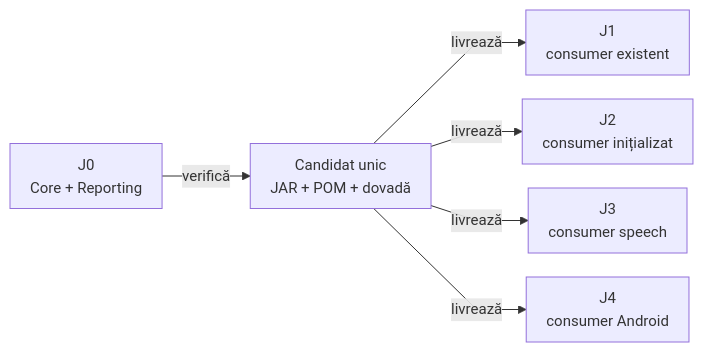
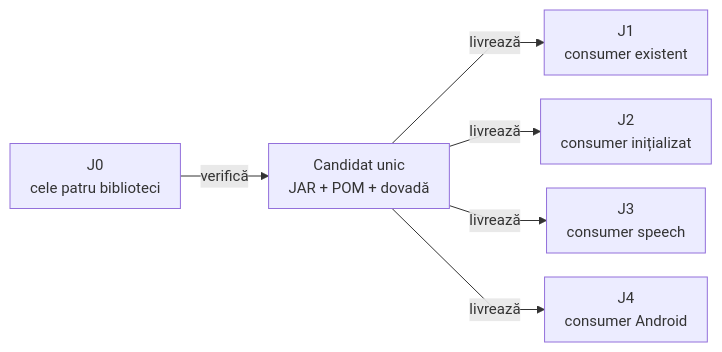
Before and after one commit to crististefanita/atf_j0: the diagram in docs/ATF_Workspace_Synchronization.md, drawn with Mermaid. The commit also changed other lines of this file and 13 other files, not shown here.

````diff
--- a/docs/ATF_Workspace_Synchronization.md
+++ b/docs/ATF_Workspace_Synchronization.md
@@ -23,9 +25,9 @@
 ```mermaid
 %%{init: {"themeVariables":{"fontSize":"15px"},"themeCSS":".nodeLabel, .nodeLabel p { font-size: 15px !important; line-height: 1.35 !important; } .edgeLabel, .edgeLabel p { font-size: 12px !important; font-weight: 400 !important; line-height: 1.2 !important; } .edgeLabel .labelBkg, .edgeLabel p { background: transparent !important; } .edgeLabel foreignObject { transform: translateY(-18px); overflow: visible; } .node rect { rx: 6px; ry: 6px; }","flowchart":{"curve":"linear","nodeSpacing":24,"rankSpacing":40,"padding":10,"diagramPadding":16}}}%%
 flowchart LR
-    Source["J0<br/>Core + Reporting"] -->|verifică| Candidate["Candidat unic<br/>JAR + POM + dovadă"]
+    Source["J0<br/>cele patru biblioteci"] -->|verifică| Candidate["Candidat unic<br/>JAR + POM + dovadă"]
     Candidate -->|livrează| J1["J1<br/>consumer existent"]
     Candidate -->|livrează| J2["J2<br/>consumer inițializat"]
     Candidate -->|livrează| J3["J3<br/>consumer speech"]
     Candidate -->|livrează| J4["J4<br/>consumer Android"]
 ```
````
